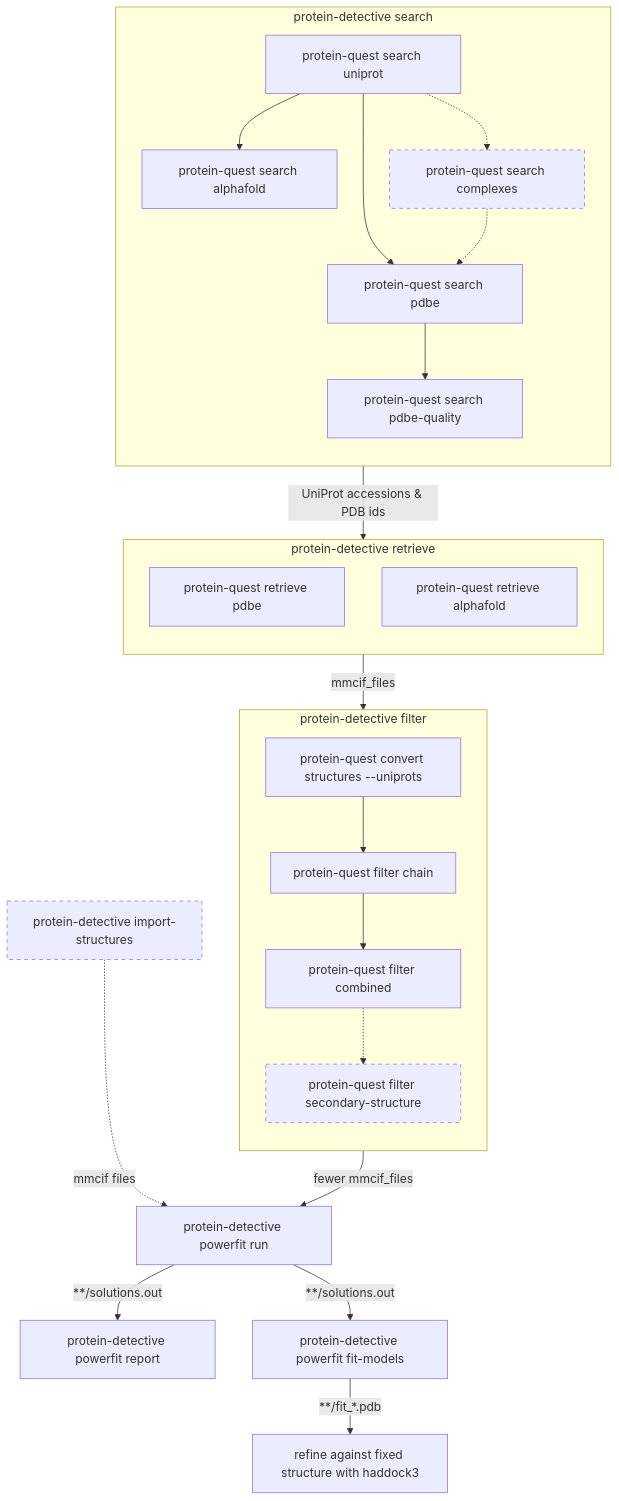
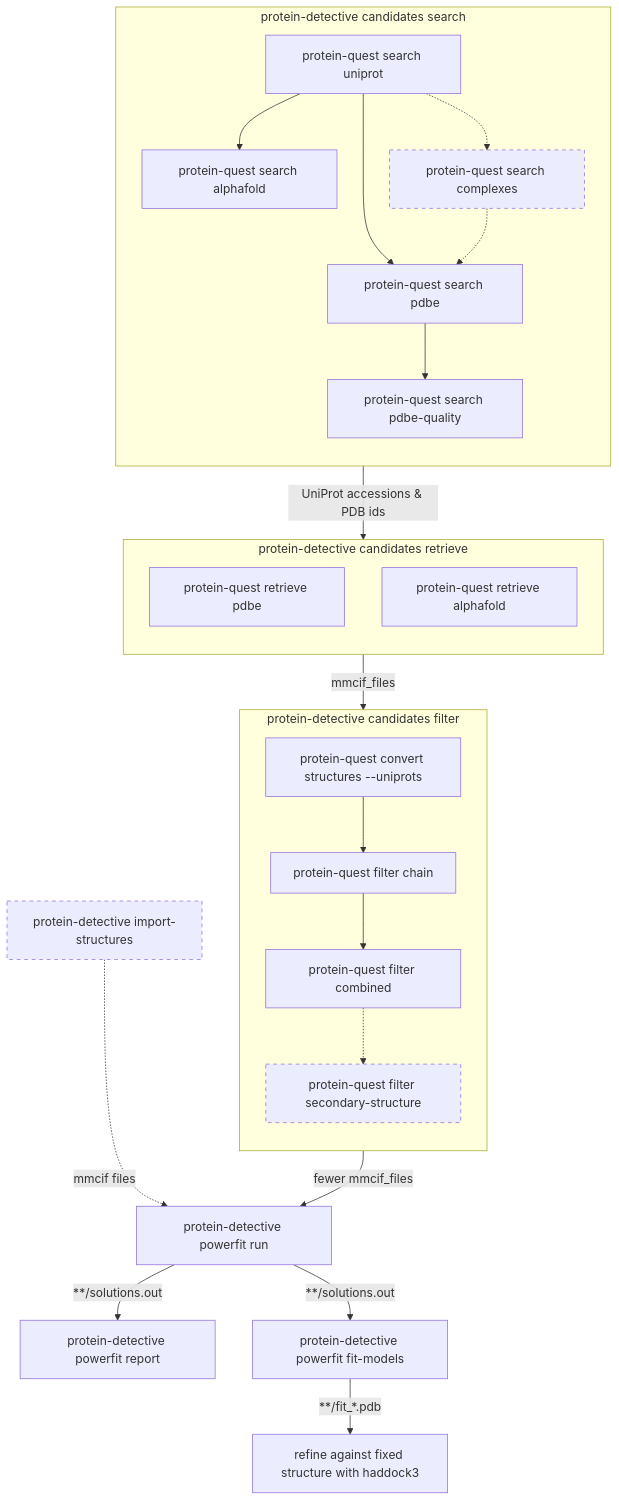
Before and after one commit to haddocking/protein-detective: the diagram in README.md, drawn with Mermaid. The commit also changed other lines of this file and 4 other files, not shown here.

First line of the commit message:
Move search, retrieve and filter commands under `candidates` subcommand.

````diff
--- a/README.md
+++ b/README.md
@@ -42,48 +42,48 @@
 ```mermaid
 flowchart TB
-    subgraph search [protein-detective search]
+    subgraph search [protein-detective candidates search]
         direction TB
         S2[protein-quest search uniprot]
         S3[protein-quest search alphafold]
         S4[protein-quest search pdbe]
         S5[protein-quest search pdbe-quality]
         S6[protein-quest search complexes]
         S2 --> S3 & S4
         S4 --> S5
         S2 -.-> S6
         S6 -.-> S4
     end
     search -- "UniProt accessions & PDB ids" --> retrieve
 
-    subgraph retrieve [protein-detective retrieve]
+    subgraph retrieve [protein-detective candidates retrieve]
         direction TB
         R2[protein-quest retrieve pdbe]
         R3[protein-quest retrieve alphafold]
     end
     retrieve -- "mmcif_files" --> filter
 
-    subgraph filter [protein-detective filter]
+    subgraph filter [protein-detective candidates filter]
         direction TB
         F2[protein-quest convert structures --uniprots]
         F3[protein-quest filter chain]
         F4[protein-quest filter combined]
         F5[protein-quest filter secondary-structure]
         F2 --> F3 --> F4 -.-> F5
     end
     filter -- "fewer mmcif_files" --> P1[protein-detective powerfit run]
 
     I1[protein-detective import-structures]
     I1 -. "mmcif files" .-> P1
 
     E1[protein-detective powerfit report]
     M1[protein-detective powerfit fit-models]
     P1 -- "**/solutions.out" --> E1 & M1
 
     R1[refine against fixed structure with haddock3]
     M1 -- "**/fit_*.pdb" --> R1
 
     classDef dashedBorder stroke-dasharray: 5 5;
     S6:::dashedBorder
     F5:::dashedBorder
     I1:::dashedBorder
 ```
````
